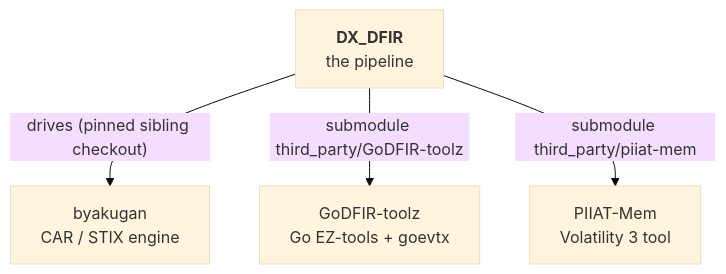
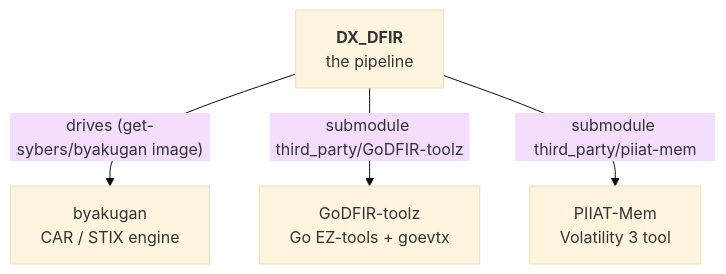
One commit to Get-Sybers/DX_DFIR changed the diagram in docs/reference/repository-map.md. Above: the diagram before and after it, drawn with Mermaid (base theme). The commit also changed other lines of this file and 31 other files, not shown here.

````diff
--- a/docs/reference/repository-map.md
+++ b/docs/reference/repository-map.md
@@ -8,10 +8,10 @@
 ```mermaid
 flowchart TD
     DX["<b>DX_DFIR</b><br/>the pipeline"]
     BYA["byakugan<br/>CAR / STIX engine"]
     TOOLZ["GoDFIR-toolz<br/>Go EZ-tools + goevtx"]
     MEM["PIIAT-Mem<br/>Volatility 3 tool"]
-    DX -->|"drives (pinned sibling checkout)"| BYA
+    DX -->|"drives (get-sybers/byakugan image)"| BYA
     DX -->|"submodule third_party/GoDFIR-toolz"| TOOLZ
     DX -->|"submodule third_party/piiat-mem"| MEM
 ```
````
